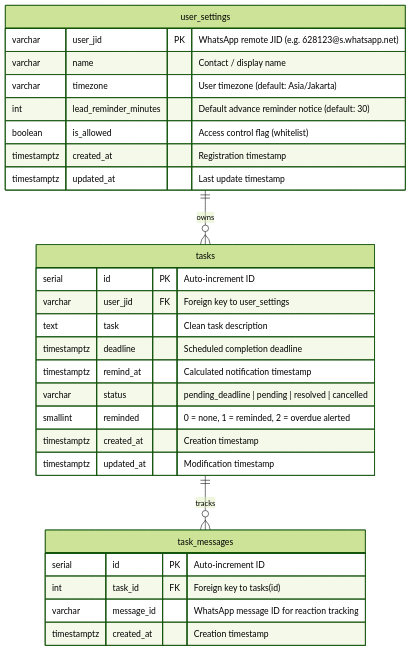
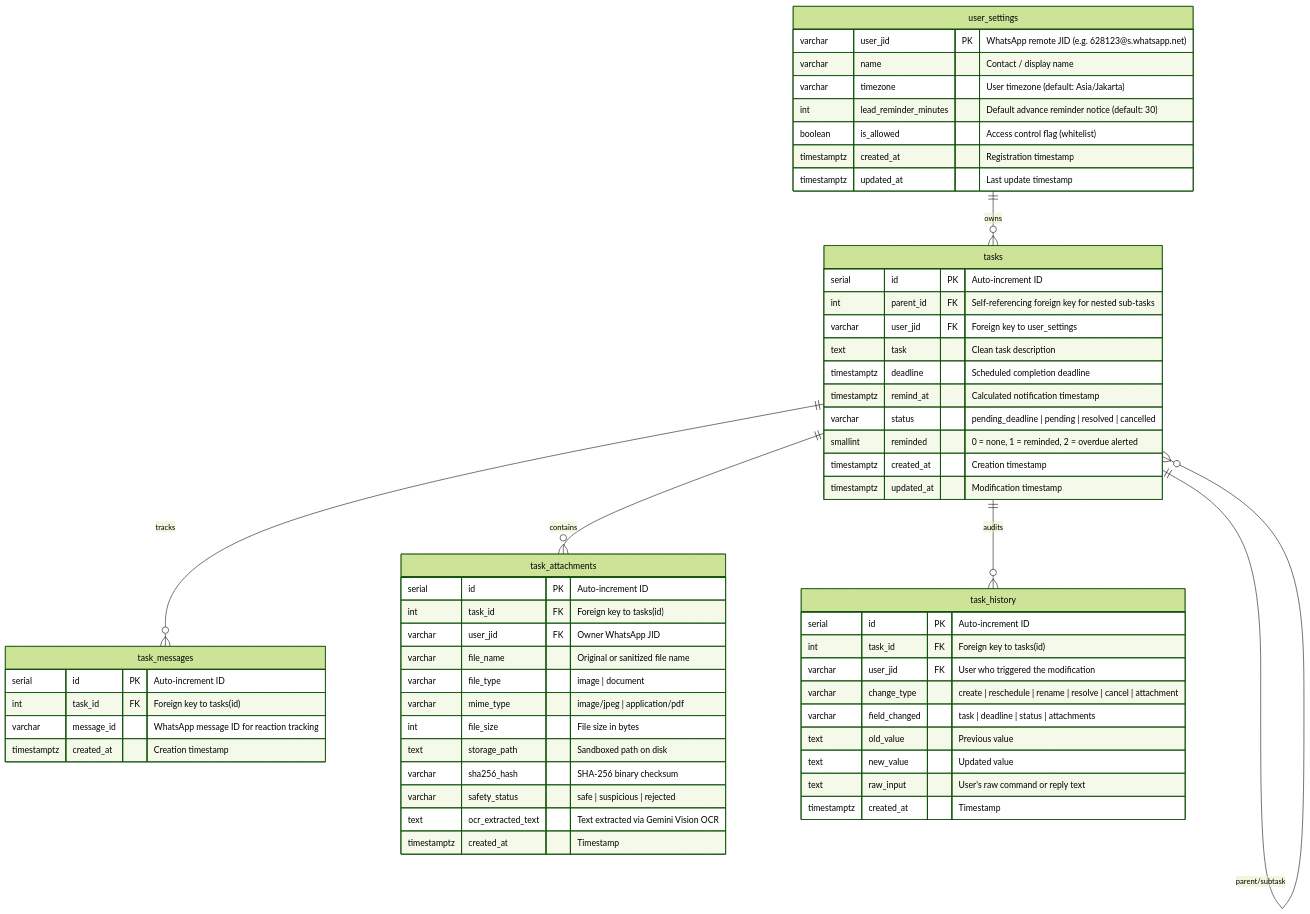
One commit to kevadamar/wabot-reminder changed the fifth of 5 diagrams in docs/ARCHITECTURE.md. Above: the diagram before and after it, drawn with Mermaid (forest theme). The commit also changed other lines of this file and 18 other files, not shown here.

First line of the commit message:
feat: add media attachments with s3 and cdr, nested tasks, quoted reschedule, and audit trail

````diff
--- a/docs/ARCHITECTURE.md
+++ b/docs/ARCHITECTURE.md
@@ -158,34 +158,65 @@
 ```mermaid
 erDiagram
     user_settings ||--o{ tasks : owns
     tasks ||--o{ task_messages : tracks
+    tasks ||--o{ task_attachments : contains
+    tasks ||--o{ task_history : audits
+    tasks ||--o{ tasks : "parent/subtask"
 
     user_settings {
         varchar user_jid PK "WhatsApp remote JID (e.g. 628123@s.whatsapp.net)"
         varchar name "Contact / display name"
         varchar timezone "User timezone (default: Asia/Jakarta)"
         int lead_reminder_minutes "Default advance reminder notice (default: 30)"
         boolean is_allowed "Access control flag (whitelist)"
         timestamptz created_at "Registration timestamp"
         timestamptz updated_at "Last update timestamp"
     }
 
     tasks {
         serial id PK "Auto-increment ID"
+        int parent_id FK "Self-referencing foreign key for nested sub-tasks"
         varchar user_jid FK "Foreign key to user_settings"
         text task "Clean task description"
         timestamptz deadline "Scheduled completion deadline"
         timestamptz remind_at "Calculated notification timestamp"
         varchar status "pending_deadline | pending | resolved | cancelled"
         smallint reminded "0 = none, 1 = reminded, 2 = overdue alerted"
         timestamptz created_at "Creation timestamp"
         timestamptz updated_at "Modification timestamp"
     }
 
     task_messages {
         serial id PK "Auto-increment ID"
         int task_id FK "Foreign key to tasks(id)"
         varchar message_id "WhatsApp message ID for reaction tracking"
         timestamptz created_at "Creation timestamp"
     }
+
+    task_attachments {
+        serial id PK "Auto-increment ID"
+        int task_id FK "Foreign key to tasks(id)"
+        varchar user_jid FK "Owner WhatsApp JID"
+        varchar file_name "Original or sanitized file name"
+        varchar file_type "image | document"
+        varchar mime_type "image/jpeg | application/pdf"
+        int file_size "File size in bytes"
+        text storage_path "Sandboxed path on disk"
+        varchar sha256_hash "SHA-256 binary checksum"
+        varchar safety_status "safe | suspicious | rejected"
+        text ocr_extracted_text "Text extracted via Gemini Vision OCR"
+        timestamptz created_at "Timestamp"
+    }
+
+    task_history {
+        serial id PK "Auto-increment ID"
+        int task_id FK "Foreign key to tasks(id)"
+        varchar user_jid FK "User who triggered the modification"
+        varchar change_type "create | reschedule | rename | resolve | cancel | attachment"
+        varchar field_changed "task | deadline | status | attachments"
+        text old_value "Previous value"
+        text new_value "Updated value"
+        text raw_input "User's raw command or reply text"
+        timestamptz created_at "Timestamp"
+    }
 ```
````
